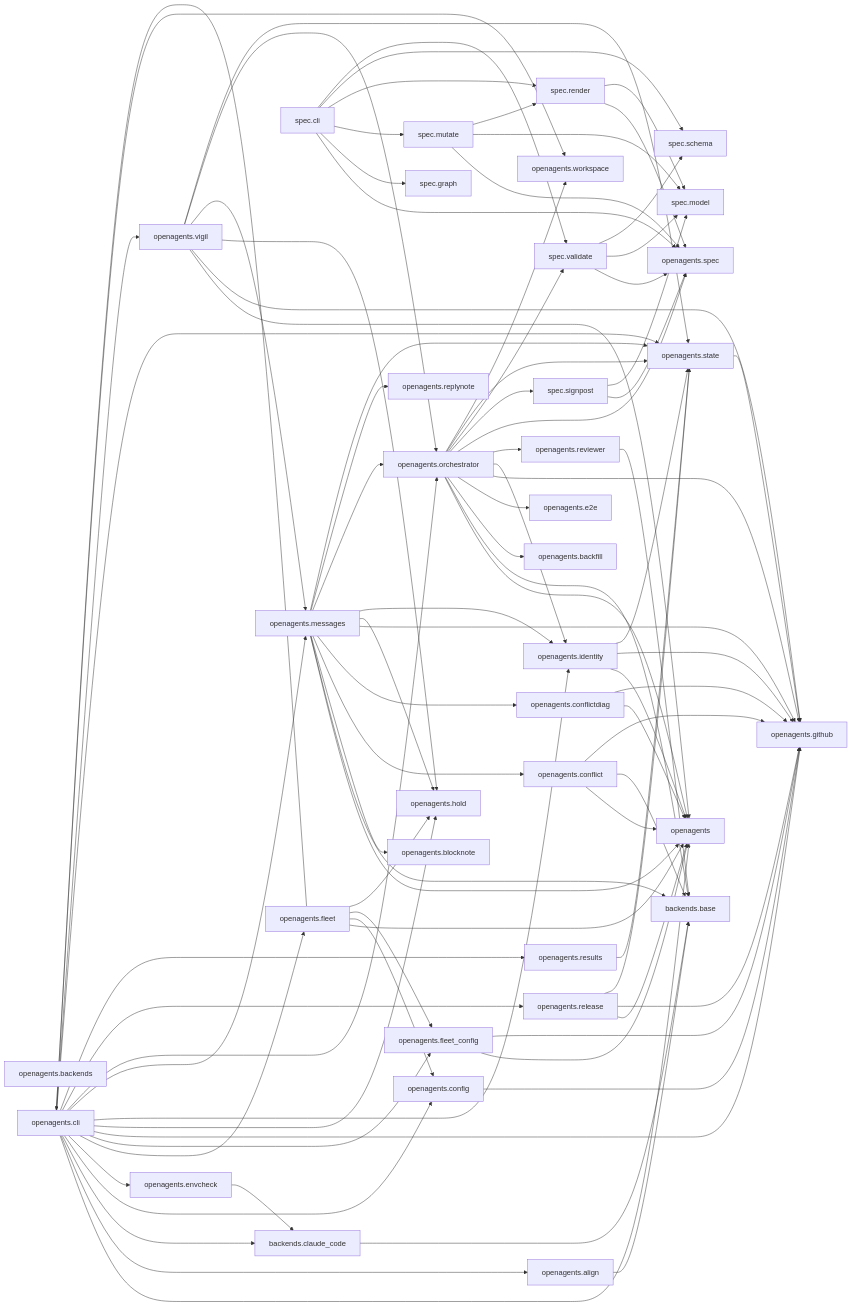
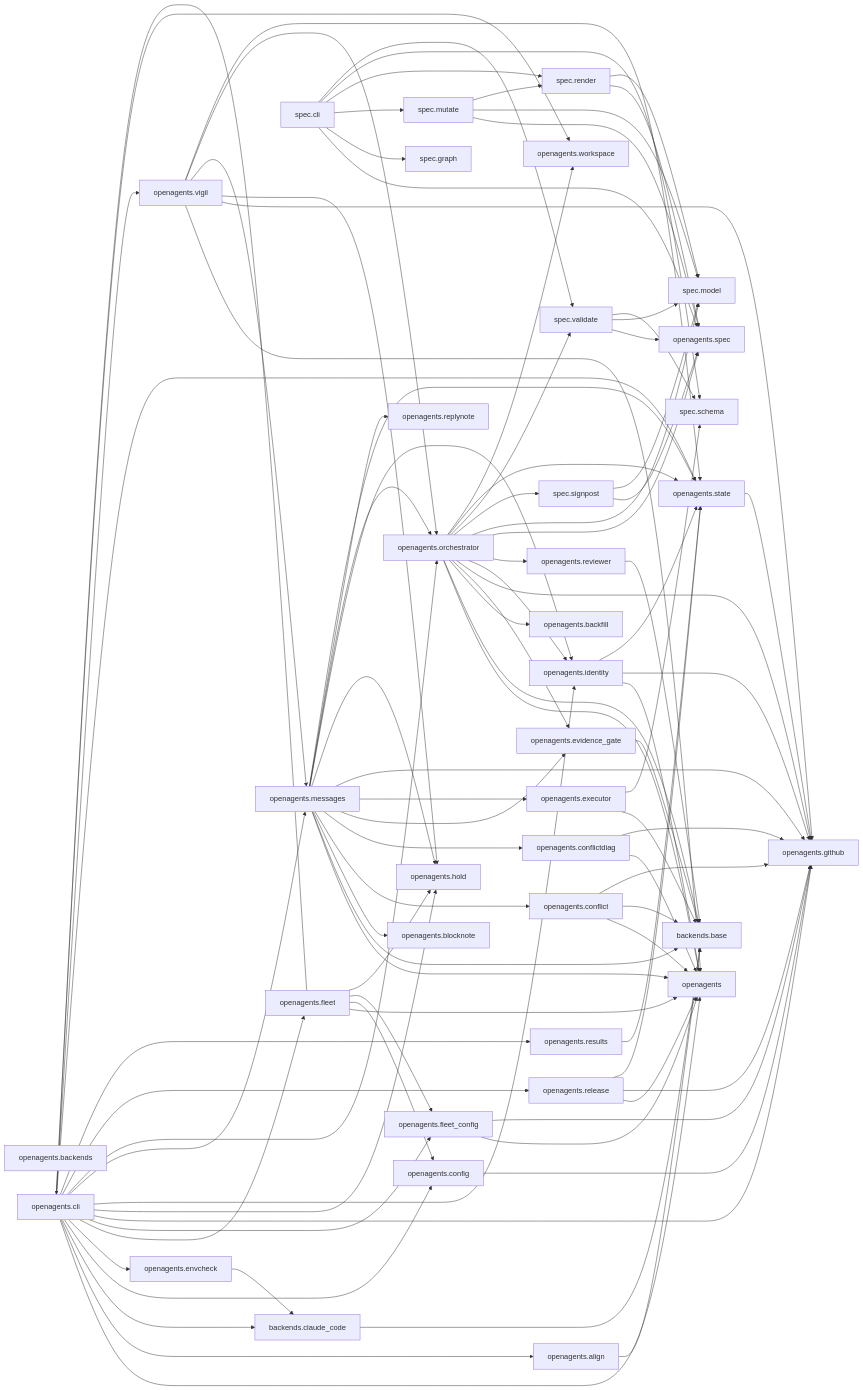
One commit to Curry09/OpenAgents changed the diagram in docs/specs/ARCHITECTURE.md. Above: the diagram before and after it, drawn with Mermaid. The commit also changed other lines of this file and 22 other files, not shown here.

```diff
--- a/docs/specs/ARCHITECTURE.md
+++ b/docs/specs/ARCHITECTURE.md
@@ -76,8 +77,9 @@
     nopenagents_config["openagents.config"]
     nopenagents_conflict["openagents.conflict"]
     nopenagents_conflictdiag["openagents.conflictdiag"]
-    nopenagents_e2e["openagents.e2e"]
     nopenagents_envcheck["openagents.envcheck"]
+    nopenagents_evidence_gate["openagents.evidence_gate"]
+    nopenagents_executor["openagents.executor"]
     nopenagents_fleet["openagents.fleet"]
     nopenagents_fleet_config["openagents.fleet_config"]
     nopenagents_github["openagents.github"]
@@ -127,6 +129,9 @@
     nopenagents_conflictdiag --> nopenagents
     nopenagents_conflictdiag --> nopenagents_github
     nopenagents_envcheck --> nopenagents_backends_claude_code
+    nopenagents_evidence_gate --> nopenagents_backends_base
+    nopenagents_executor --> nopenagents_backends_base
+    nopenagents_executor --> nopenagents_spec_schema
     nopenagents_fleet --> nopenagents
     nopenagents_fleet --> nopenagents_cli
     nopenagents_fleet --> nopenagents_config
@@ -142,6 +147,8 @@
     nopenagents_messages --> nopenagents_blocknote
     nopenagents_messages --> nopenagents_conflict
     nopenagents_messages --> nopenagents_conflictdiag
+    nopenagents_messages --> nopenagents_evidence_gate
+    nopenagents_messages --> nopenagents_executor
     nopenagents_messages --> nopenagents_github
     nopenagents_messages --> nopenagents_hold
     nopenagents_messages --> nopenagents_identity
@@ -151,11 +158,12 @@
     nopenagents_orchestrator --> nopenagents
     nopenagents_orchestrator --> nopenagents_backends_base
     nopenagents_orchestrator --> nopenagents_backfill
-    nopenagents_orchestrator --> nopenagents_e2e
+    nopenagents_orchestrator --> nopenagents_evidence_gate
     nopenagents_orchestrator --> nopenagents_github
     nopenagents_orchestrator --> nopenagents_identity
     nopenagents_orchestrator --> nopenagents_reviewer
     nopenagents_orchestrator --> nopenagents_spec
+    nopenagents_orchestrator --> nopenagents_spec_model
     nopenagents_orchestrator --> nopenagents_spec_signpost
     nopenagents_orchestrator --> nopenagents_spec_validate
     nopenagents_orchestrator --> nopenagents_state
```
